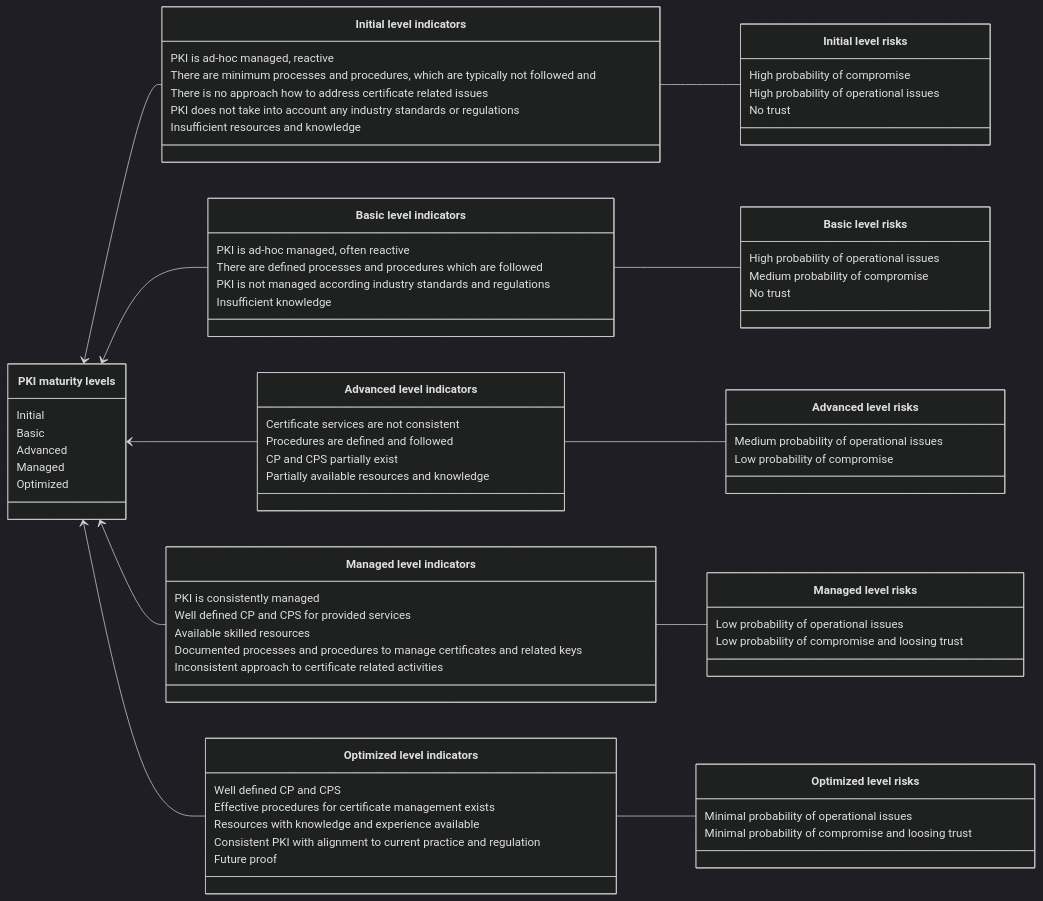
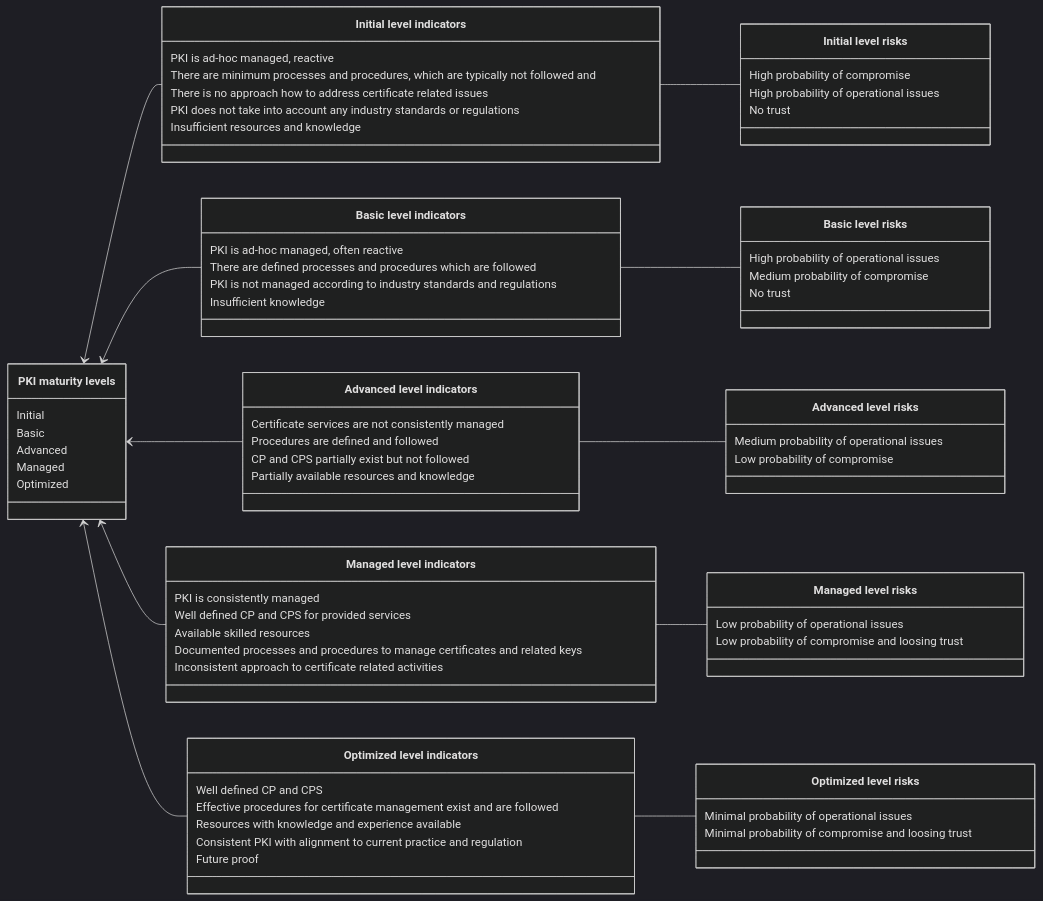
The diagram in model/maturity-levels/_index.md (pkic/pkimm), drawn with Mermaid (dark theme) before and after one commit. The commit also changed other lines of this file and 20 other files, not shown here.

````diff
--- a/model/maturity-levels/_index.md
+++ b/model/maturity-levels/_index.md
@@ -101,78 +101,78 @@
 ```mermaid
 classDiagram
     direction LR
 
     class PKIMM["PKI maturity levels"]{
         Initial
         Basic
         Advanced
         Managed
         Optimized
     }
     class Initial_Indicators["Initial level indicators"]{
         PKI is ad-hoc managed, reactive
         There are minimum processes and procedures, which are typically not followed and 
         There is no approach how to address certificate related issues
         PKI does not take into account any industry standards or regulations
         Insufficient resources and knowledge
     }
     class Initial_Risks["Initial level risks"]{
         High probability of compromise
         High probability of operational issues
         No trust
     }
     class Basic_Indicators["Basic level indicators"]{
         PKI is ad-hoc managed, often reactive
         There are defined processes and procedures which are followed
-        PKI is not managed according industry standards and regulations
+        PKI is not managed according to industry standards and regulations
         Insufficient knowledge
     }
     class Basic_Risks["Basic level risks"]{
         High probability of operational issues
         Medium probability of compromise
         No trust
     }
     class Advanced_Indicators["Advanced level indicators"]{
-        Certificate services are not consistent
+        Certificate services are not consistently managed
         Procedures are defined and followed
-        CP and CPS partially exist
+        CP and CPS partially exist but not followed
         Partially available resources and knowledge
     }
     class Advanced_Risks["Advanced level risks"]{
         Medium probability of operational issues
         Low probability of compromise
     }
     class Managed_Indicators["Managed level indicators"]{
         PKI is consistently managed
         Well defined CP and CPS for provided services
         Available skilled resources
         Documented processes and procedures to manage certificates and related keys
         Inconsistent approach to certificate related activities
     }
     class Managed_Risks["Managed level risks"]{
         Low probability of operational issues
         Low probability of compromise and loosing trust
     }
     class Optimized_Indicators["Optimized level indicators"]{
         Well defined CP and CPS
-        Effective procedures for certificate management exists
+        Effective procedures for certificate management exist and are followed
         Resources with knowledge and experience available
         Consistent PKI with alignment to current practice and regulation
         Future proof
     }
     class Optimized_Risks["Optimized level risks"]{
         Minimal probability of operational issues
         Minimal probability of compromise and loosing trust
     }
     
     PKIMM <-- Initial_Indicators
     Initial_Indicators -- Initial_Risks
     PKIMM <-- Basic_Indicators
     Basic_Indicators -- Basic_Risks
     PKIMM <-- Advanced_Indicators
     Advanced_Indicators -- Advanced_Risks
     PKIMM <-- Managed_Indicators
     Managed_Indicators -- Managed_Risks
     PKIMM <-- Optimized_Indicators
     Optimized_Indicators -- Optimized_Risks
 ```
````
